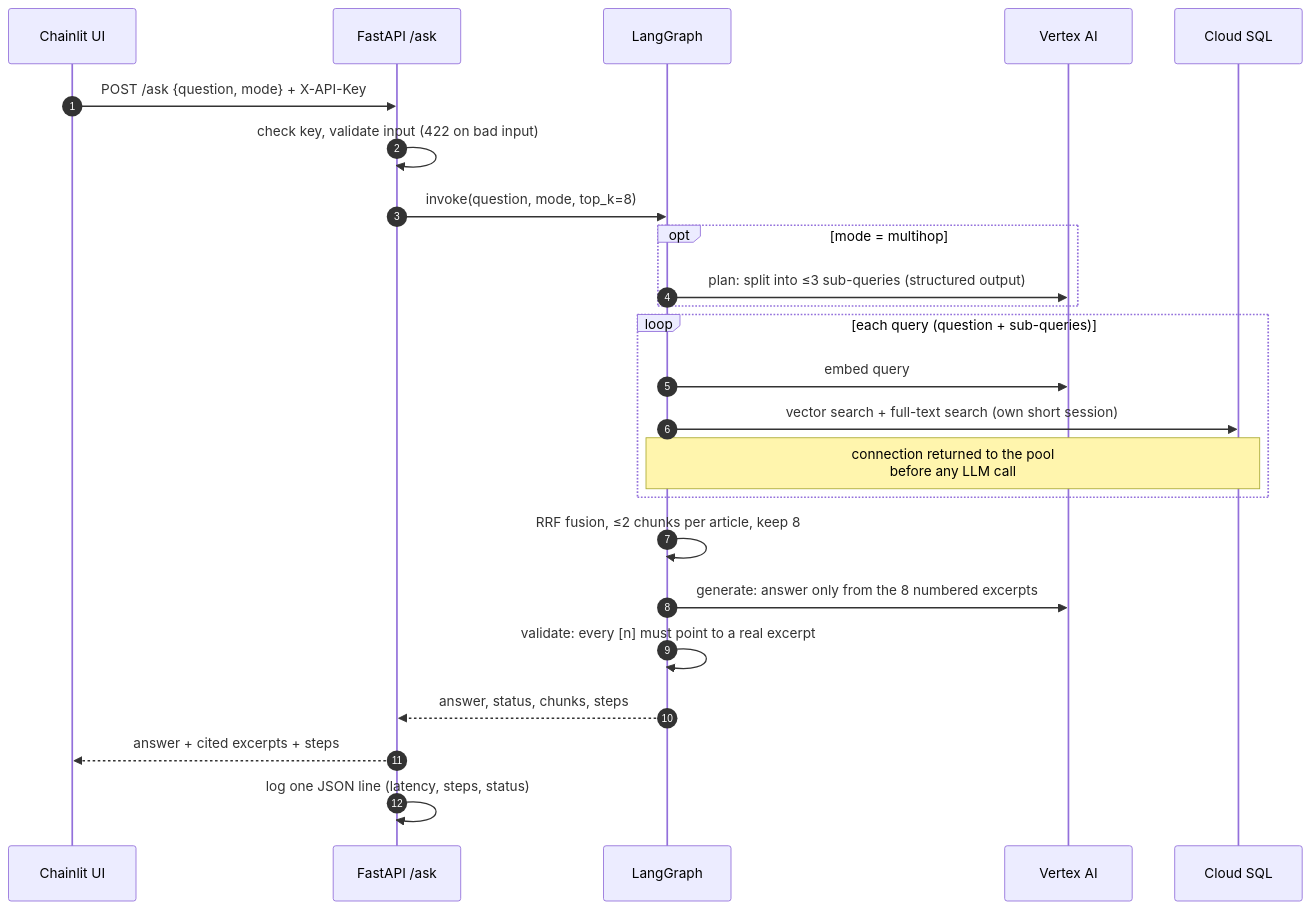
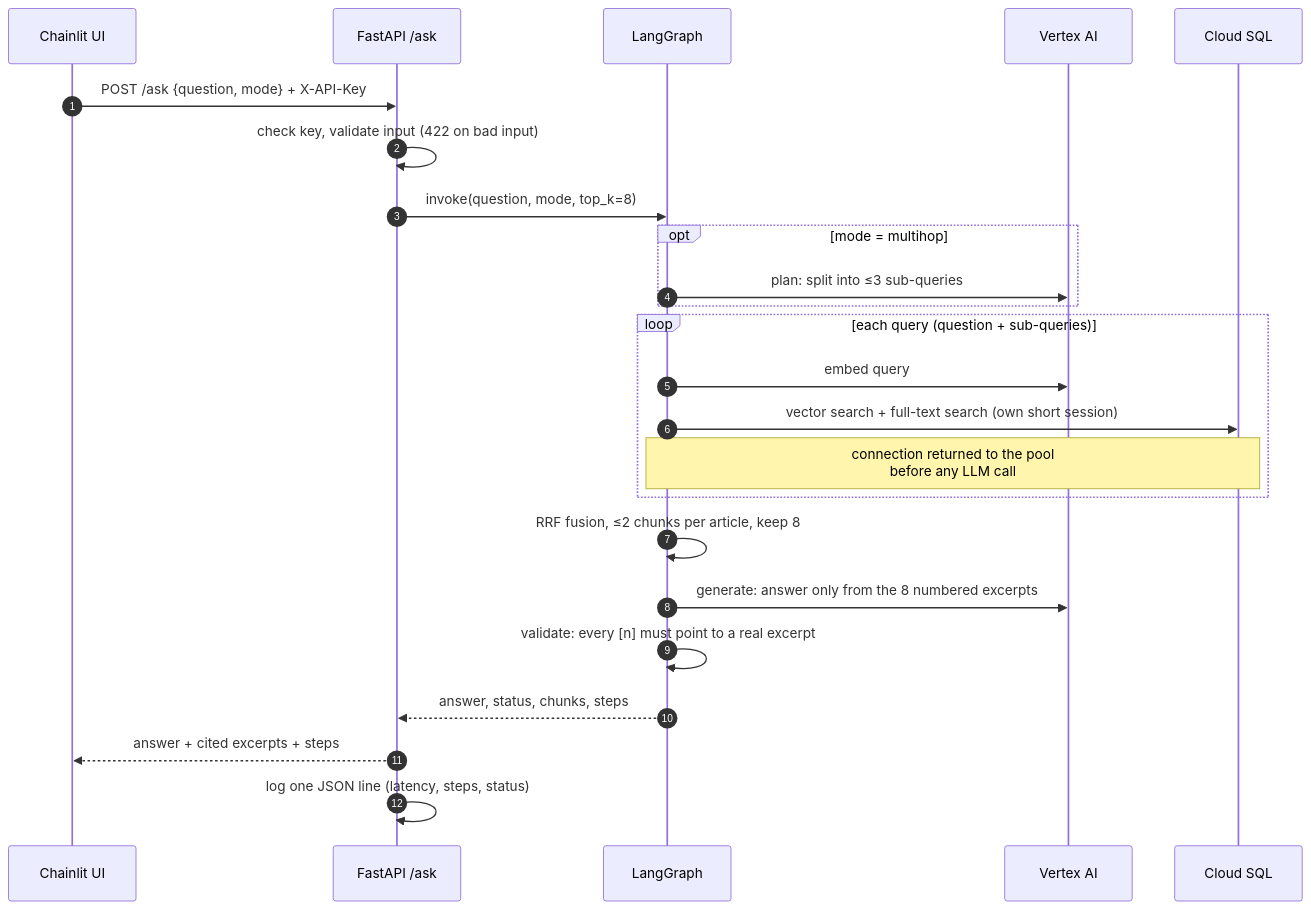
Before and after one commit to srn-source/newsrag: the second of 3 diagrams in ARCHITECTURE.md, drawn with Mermaid. The commit also changed other lines of this file and 12 other files, not shown here.

Commit message:
docs: tighten readme, architecture and evaluation; add ui to docker compose

````diff
--- a/ARCHITECTURE.md
+++ b/ARCHITECTURE.md
@@ -84,27 +66,27 @@
 ```mermaid
 sequenceDiagram
     autonumber
     participant UI as Chainlit UI
     participant API as FastAPI /ask
     participant G as LangGraph
     participant VX as Vertex AI
     participant DB as Cloud SQL
 
     UI->>API: POST /ask {question, mode} + X-API-Key
     API->>API: check key, validate input (422 on bad input)
     API->>G: invoke(question, mode, top_k=8)
     opt mode = multihop
-        G->>VX: plan: split into ≤3 sub-queries (structured output)
+        G->>VX: plan: split into ≤3 sub-queries
     end
     loop each query (question + sub-queries)
         G->>VX: embed query
         G->>DB: vector search + full-text search (own short session)
         Note over G,DB: connection returned to the pool<br/>before any LLM call
     end
     G->>G: RRF fusion, ≤2 chunks per article, keep 8
     G->>VX: generate: answer only from the 8 numbered excerpts
     G->>G: validate: every [n] must point to a real excerpt
     G-->>API: answer, status, chunks, steps
     API-->>UI: answer + cited excerpts + steps
     API->>API: log one JSON line (latency, steps, status)
 ```
````
